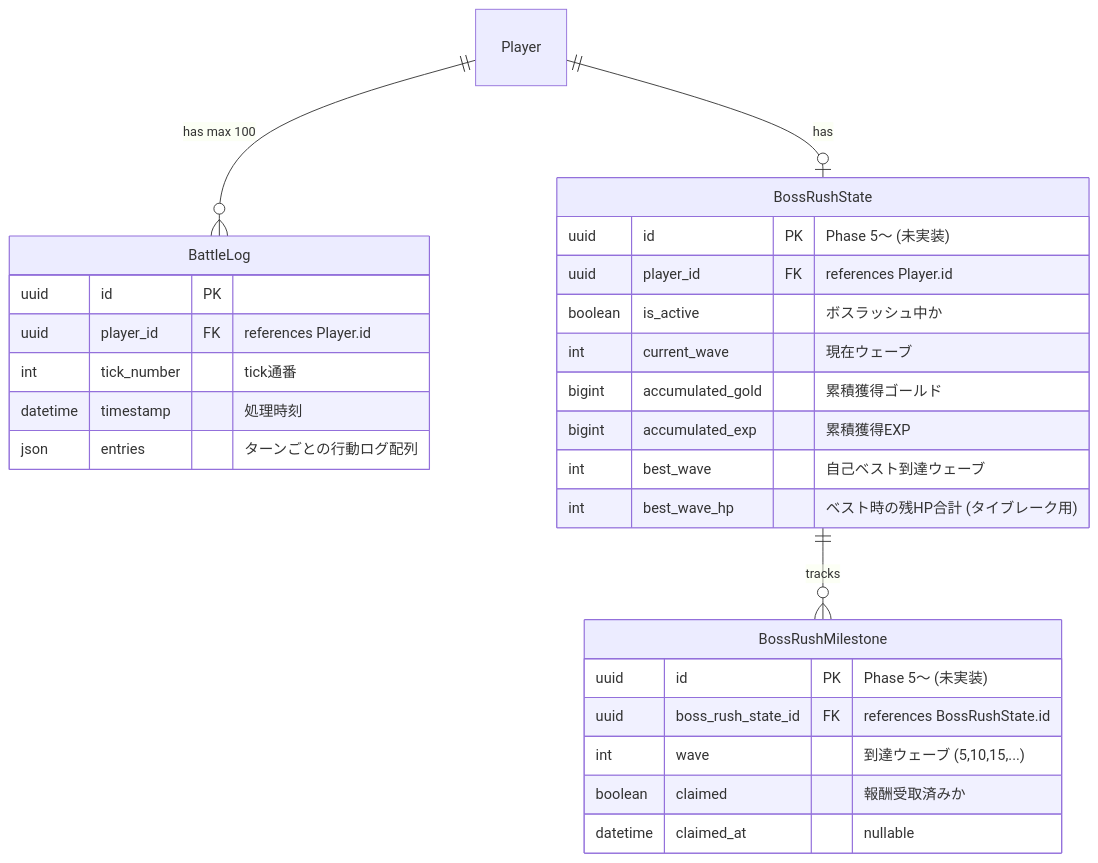
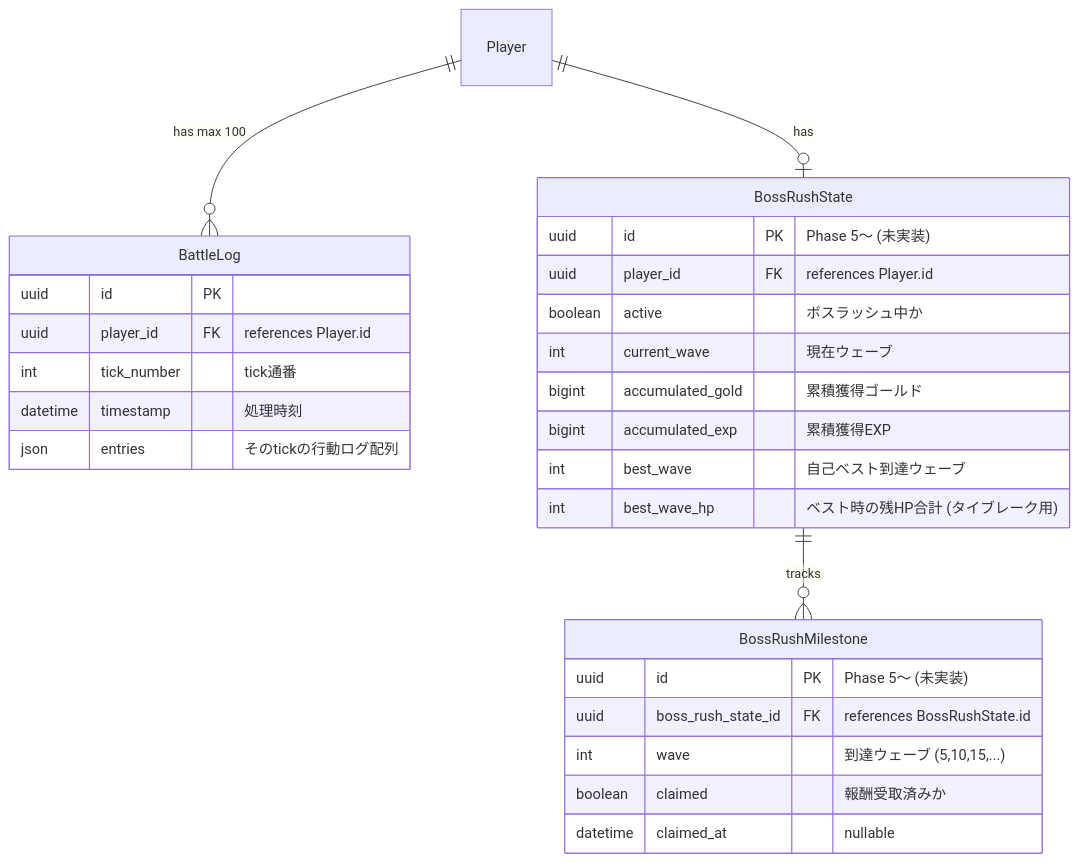
One commit to dateeee/2026_AFKGAME changed the first of 2 diagrams in diagrams/er_diagram/battle.md. Above: the diagram before and after it, drawn with Mermaid. The commit also changed other lines of this file and 8 other files, not shown here.

````diff
--- a/diagrams/er_diagram/battle.md
+++ b/diagrams/er_diagram/battle.md
@@ -7,34 +8,34 @@
 ```mermaid
 %%{init: {'theme': 'default', 'themeVariables': {'fontSize': '16px'}} }%%
 erDiagram
     Player ||--o{ BattleLog : "has max 100"
     Player ||--o| BossRushState : "has"
     BossRushState ||--o{ BossRushMilestone : "tracks"
 
     BattleLog {
         uuid id PK
         uuid player_id FK "references Player.id"
         int tick_number "tick通番"
         datetime timestamp "処理時刻"
-        json entries "ターンごとの行動ログ配列"
+        json entries "そのtickの行動ログ配列"
     }
 
     BossRushState {
         uuid id PK "Phase 5〜 (未実装)"
         uuid player_id FK "references Player.id"
-        boolean is_active "ボスラッシュ中か"
+        boolean active "ボスラッシュ中か"
         int current_wave "現在ウェーブ"
         bigint accumulated_gold "累積獲得ゴールド"
         bigint accumulated_exp "累積獲得EXP"
         int best_wave "自己ベスト到達ウェーブ"
         int best_wave_hp "ベスト時の残HP合計 (タイブレーク用)"
     }
 
     BossRushMilestone {
         uuid id PK "Phase 5〜 (未実装)"
         uuid boss_rush_state_id FK "references BossRushState.id"
         int wave "到達ウェーブ (5,10,15,...)"
         boolean claimed "報酬受取済みか"
         datetime claimed_at "nullable"
     }
 ```
````
